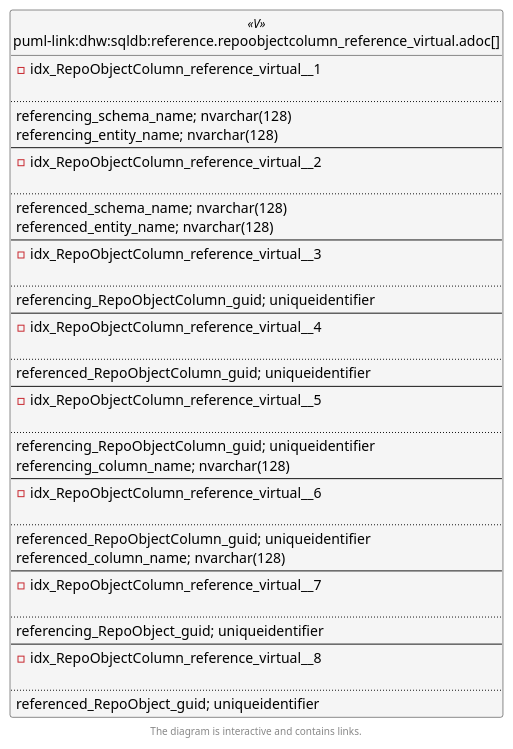
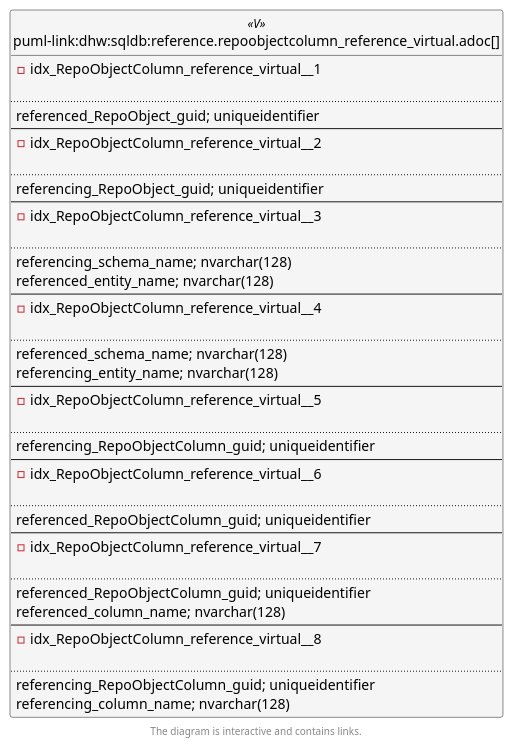
The second of 6 diagrams in docs/modules/sqldb/partials/content/reference.repoobjectcolumn_reference_virtual.adoc (DataHandwerk/dhw-antora-sqldb), drawn with PlantUML before and after one commit. The commit also changed other lines of this file and 701 other files, not shown here.

```diff
--- a/docs/modules/sqldb/partials/content/reference.repoobjectcolumn_reference_virtual.adoc
+++ b/docs/modules/sqldb/partials/content/reference.repoobjectcolumn_reference_virtual.adoc
@@ -1133,82 +1133,82 @@
 [plantuml, entity_1_1_fk-{docname}, svg, subs=macros]
 ....
 @startuml
 left to right direction
 'top to bottom direction
 hide circle
 'avoide "." issues:
 set namespaceSeparator none
 
 
 skinparam class {
   BackgroundColor White
   BackgroundColor<<FN>> Yellow
   BackgroundColor<<FS>> Yellow
   BackgroundColor<<FT>> LightGray
   BackgroundColor<<IF>> Yellow
   BackgroundColor<<IS>> Yellow
   BackgroundColor<<P>>  Aqua
   BackgroundColor<<PC>> Aqua
   BackgroundColor<<SN>> Yellow
   BackgroundColor<<SO>> SlateBlue
   BackgroundColor<<TF>> LightGray
   BackgroundColor<<TR>> Tomato
   BackgroundColor<<U>>  White
   BackgroundColor<<V>>  WhiteSmoke
   BackgroundColor<<X>>  Aqua
   BackgroundColor<<external>> AliceBlue
 }
 
 
 entity "puml-link:dhw:sqldb:reference.repoobjectcolumn_reference_virtual.adoc[]" as reference.RepoObjectColumn_reference_virtual << V >> {
 - idx_RepoObjectColumn_reference_virtual__1
 
 ..
-referencing_schema_name; nvarchar(128)
-referencing_entity_name; nvarchar(128)
+referenced_RepoObject_guid; uniqueidentifier
 --
 - idx_RepoObjectColumn_reference_virtual__2
 
 ..
-referenced_schema_name; nvarchar(128)
-referenced_entity_name; nvarchar(128)
+referencing_RepoObject_guid; uniqueidentifier
 --
 - idx_RepoObjectColumn_reference_virtual__3
 
 ..
-referencing_RepoObjectColumn_guid; uniqueidentifier
+referencing_schema_name; nvarchar(128)
+referenced_entity_name; nvarchar(128)
 --
 - idx_RepoObjectColumn_reference_virtual__4
 
 ..
-referenced_RepoObjectColumn_guid; uniqueidentifier
+referenced_schema_name; nvarchar(128)
+referencing_entity_name; nvarchar(128)
 --
 - idx_RepoObjectColumn_reference_virtual__5
 
 ..
 referencing_RepoObjectColumn_guid; uniqueidentifier
-referencing_column_name; nvarchar(128)
 --
 - idx_RepoObjectColumn_reference_virtual__6
 
 ..
 referenced_RepoObjectColumn_guid; uniqueidentifier
-referenced_column_name; nvarchar(128)
 --
 - idx_RepoObjectColumn_reference_virtual__7
 
 ..
-referencing_RepoObject_guid; uniqueidentifier
+referenced_RepoObjectColumn_guid; uniqueidentifier
+referenced_column_name; nvarchar(128)
 --
 - idx_RepoObjectColumn_reference_virtual__8
 
 ..
-referenced_RepoObject_guid; uniqueidentifier
+referencing_RepoObjectColumn_guid; uniqueidentifier
+referencing_column_name; nvarchar(128)
 }
 
 
 
 footer The diagram is interactive and contains links.
 
 @enduml
 ....
```
